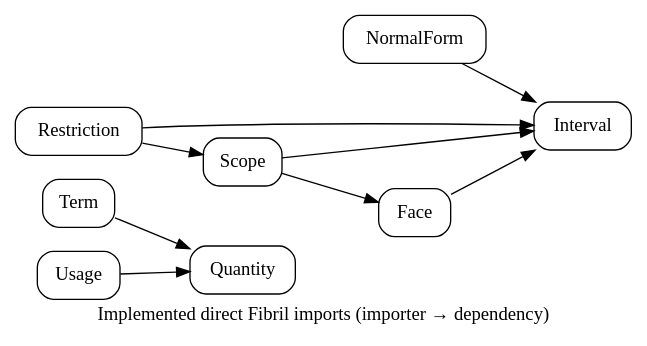
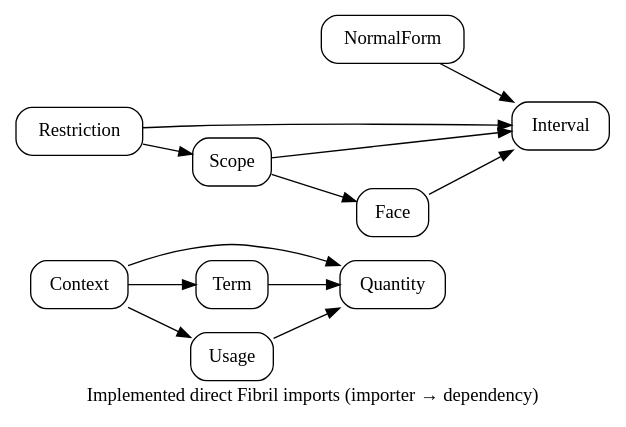
The diagram in docs/diagrams/modules.dot (odunboye/fibril), drawn with Graphviz before and after one commit. The commit also changed 10 other files, not shown here.

Commit message:
Add scoped context lookup and usage validation with checking specification

```diff
--- a/docs/diagrams/modules.dot
+++ b/docs/diagrams/modules.dot
@@ -1,8 +1,8 @@
 digraph Modules {
 rankdir=LR; node [shape=box,style=rounded];
 Quantity; Interval; NormalForm; Face; Scope; Restriction; Term;
 NormalForm -> Interval; Face -> Interval;
 Scope -> {Interval Face}; Restriction -> {Interval Scope};
-Term -> Quantity; Usage -> Quantity;
+Term -> Quantity; Usage -> Quantity; Context -> {Quantity Term Usage};
 label="Implemented direct Fibril imports (importer → dependency)";
 }
```
